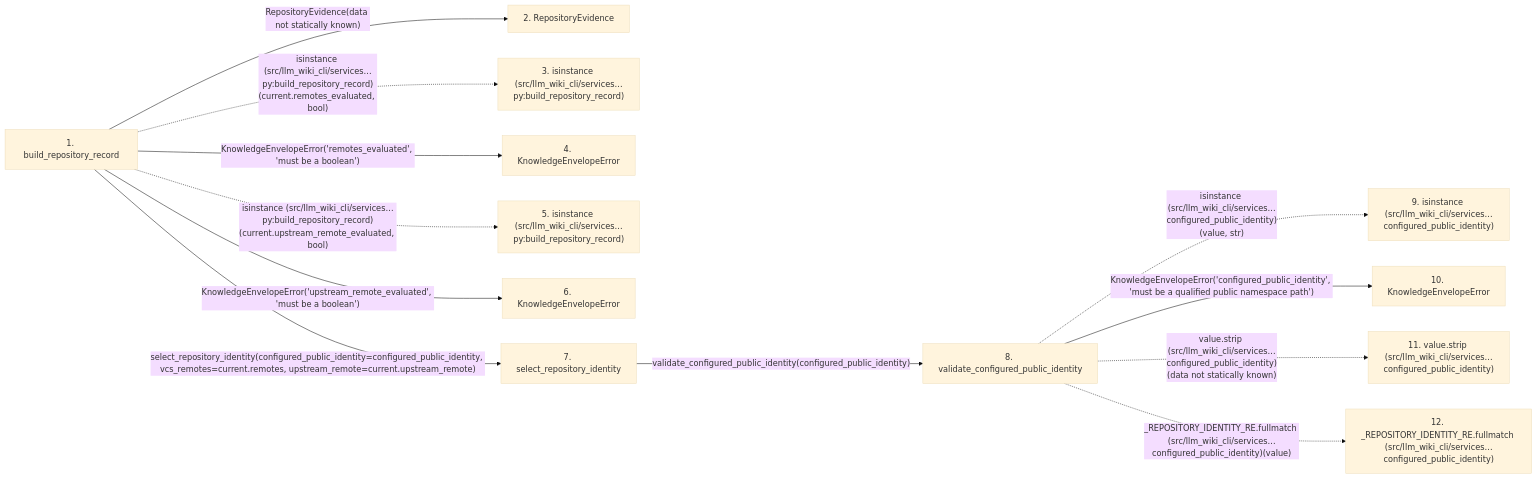
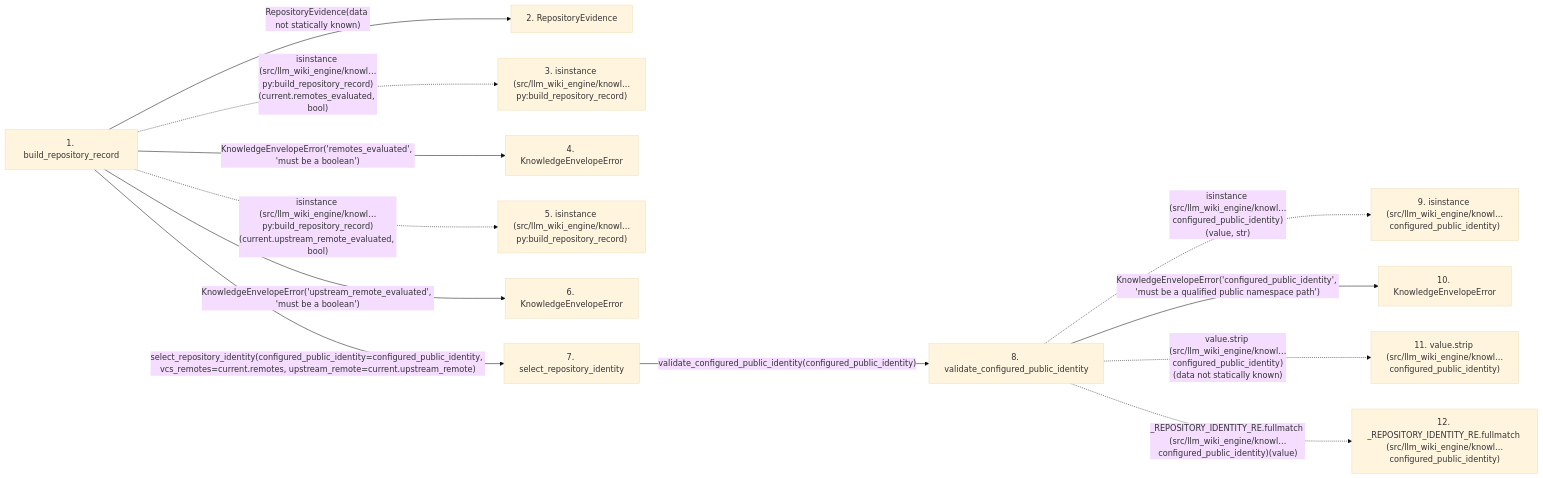
One commit to Denissvgn/python-wiki-llm changed the second of 2 diagrams in docs/llm_wiki/flows/api-build_repository_record.md. Above: the diagram before and after it, drawn with Mermaid (base theme). The commit also changed other lines of this file and 1058 other files, not shown here.

````diff
--- a/docs/llm_wiki/flows/api-build_repository_record.md
+++ b/docs/llm_wiki/flows/api-build_repository_record.md
@@ -125,33 +125,33 @@
 ```mermaid
 flowchart LR
     s1["1. build_repository_record"]
     s2["2. RepositoryEvidence"]
-    s3["3. isinstance (src/llm_wiki_cli/services…py:build_repository_record)"]
+    s3["3. isinstance (src/llm_wiki_engine/knowl…py:build_repository_record)"]
     s4["4. KnowledgeEnvelopeError"]
-    s5["5. isinstance (src/llm_wiki_cli/services…py:build_repository_record)"]
+    s5["5. isinstance (src/llm_wiki_engine/knowl…py:build_repository_record)"]
     s6["6. KnowledgeEnvelopeError"]
     s7["7. select_repository_identity"]
     s8["8. validate_configured_public_identity"]
-    s9["9. isinstance (src/llm_wiki_cli/services…configured_public_identity)"]
+    s9["9. isinstance (src/llm_wiki_engine/knowl…configured_public_identity)"]
     s10["10. KnowledgeEnvelopeError"]
-    s11["11. value.strip (src/llm_wiki_cli/services…configured_public_identity)"]
-    s12["12. _REPOSITORY_IDENTITY_RE.fullmatch (src/llm_wiki_cli/services…configured_public_identity)"]
+    s11["11. value.strip (src/llm_wiki_engine/knowl…configured_public_identity)"]
+    s12["12. _REPOSITORY_IDENTITY_RE.fullmatch (src/llm_wiki_engine/knowl…configured_public_identity)"]
     s1 -->|"RepositoryEvidence(data not statically known)"| s2
-    s1 -. "isinstance (src/llm_wiki_cli/services…py:build_repository_record)(current.remotes_evaluated, bool)" .-> s3
+    s1 -. "isinstance (src/llm_wiki_engine/knowl…py:build_repository_record)(current.remotes_evaluated, bool)" .-> s3
     s1 -->|"KnowledgeEnvelopeError('remotes_evaluated', 'must be a boolean')"| s4
-    s1 -. "isinstance (src/llm_wiki_cli/services…py:build_repository_record)(current.upstream_remote_evaluated, bool)" .-> s5
+    s1 -. "isinstance (src/llm_wiki_engine/knowl…py:build_repository_record)(current.upstream_remote_evaluated, bool)" .-> s5
     s1 -->|"KnowledgeEnvelopeError('upstream_remote_evaluated', 'must be a boolean')"| s6
     s1 -->|"select_repository_identity(configured_public_identity=configured_public_identity, vcs_remotes=current.remotes, upstream_remote=current.upstream_remote)"| s7
     s7 -->|"validate_configured_public_identity(configured_public_identity)"| s8
-    s8 -. "isinstance (src/llm_wiki_cli/services…configured_public_identity)(value, str)" .-> s9
+    s8 -. "isinstance (src/llm_wiki_engine/knowl…configured_public_identity)(value, str)" .-> s9
     s8 -->|"KnowledgeEnvelopeError('configured_public_identity', 'must be a qualified public namespace path')"| s10
-    s8 -. "value.strip (src/llm_wiki_cli/services…configured_public_identity)(data not statically known)" .-> s11
-    s8 -. "_REPOSITORY_IDENTITY_RE.fullmatch (src/llm_wiki_cli/services…configured_public_identity)(value)" .-> s12
+    s8 -. "value.strip (src/llm_wiki_engine/knowl…configured_public_identity)(data not statically known)" .-> s11
+    s8 -. "_REPOSITORY_IDENTITY_RE.fullmatch (src/llm_wiki_engine/knowl…configured_public_identity)(value)" .-> s12
     click s1 "../modules/knowledge_envelope.md"
     click s2 "../modules/knowledge_envelope.md"
     click s4 "../modules/knowledge_envelope.md"
     click s6 "../modules/knowledge_envelope.md"
     click s7 "../modules/knowledge_envelope.md"
     click s8 "../modules/knowledge_envelope.md"
     click s10 "../modules/knowledge_envelope.md"
 ```
````
